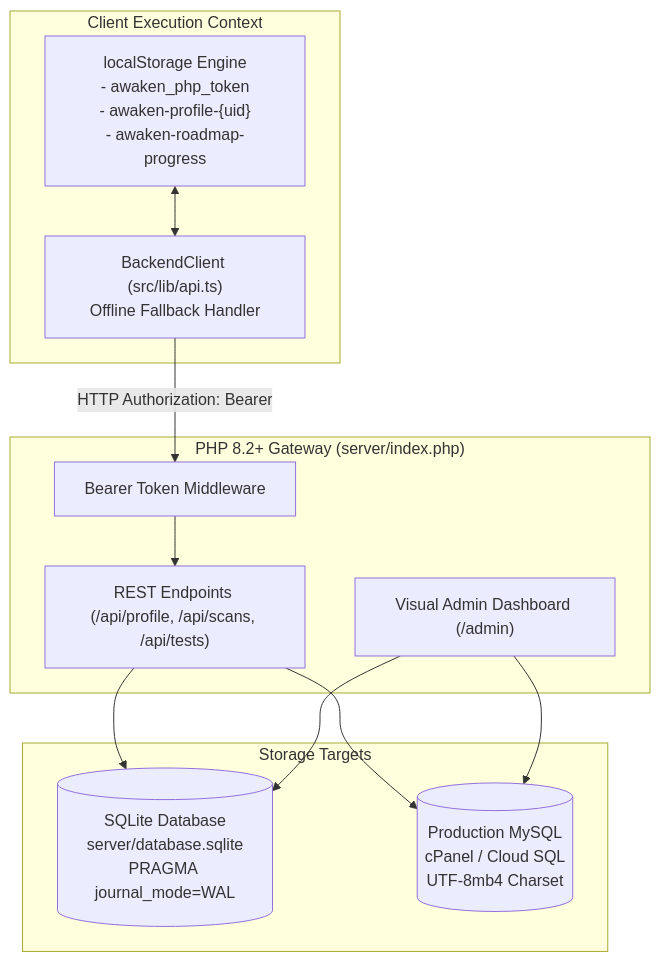
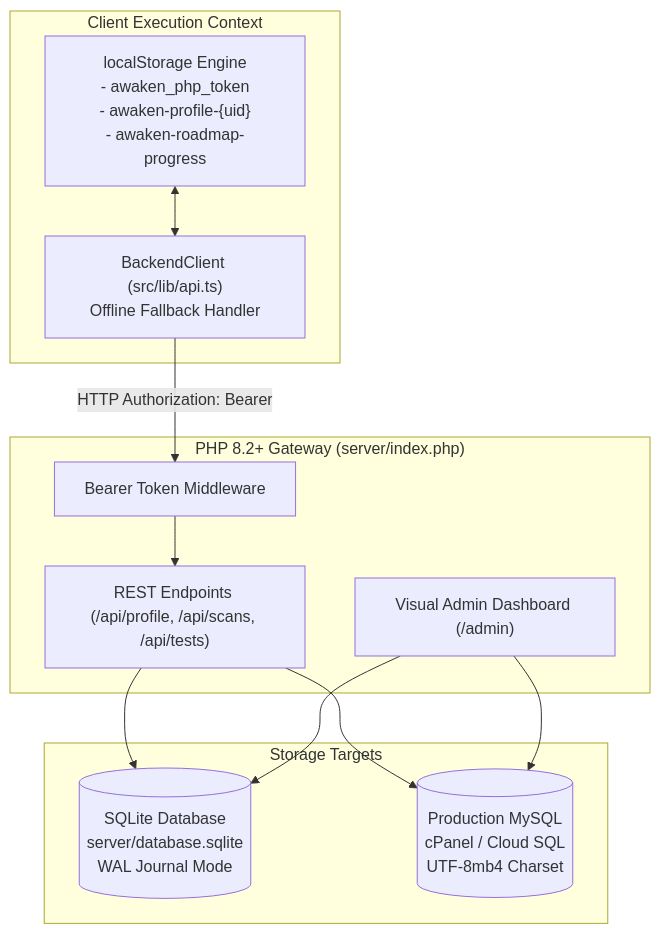
The sixth of 8 diagrams in README.md (yashkoparde/Awaken.ai), drawn with Mermaid before and after one commit. The commit also changed other lines of this file, not shown here.

Commit message:
docs: optimize SVG image links for GitHub web rendering and dark theme contrast

````diff
--- a/README.md
+++ b/README.md
@@ -321,26 +321,26 @@
 ```mermaid
 graph TB
     subgraph Client_Boundary["Client Execution Context"]
         LS["localStorage Engine<br/>- awaken_php_token<br/>- awaken-profile-{uid}<br/>- awaken-roadmap-progress"]
         APICLI["BackendClient (src/lib/api.ts)<br/>Offline Fallback Handler"]
     end
 
     subgraph Backend_Gateway["PHP 8.2+ Gateway (server/index.php)"]
         AUTH["Bearer Token Middleware"]
         ROUTES["REST Endpoints (/api/profile, /api/scans, /api/tests)"]
         ADMIN["Visual Admin Dashboard (/admin)"]
     end
 
     subgraph Database_Layer["Storage Targets"]
-        SQLITE[("SQLite Database<br/>server/database.sqlite<br/>PRAGMA journal_mode=WAL")]
+        SQLITE[("SQLite Database<br/>server/database.sqlite<br/>WAL Journal Mode")]
         MYSQL[("Production MySQL<br/>cPanel / Cloud SQL<br/>UTF-8mb4 Charset")]
     end
 
     LS <--> APICLI
     APICLI -->|HTTP Authorization: Bearer| AUTH
     AUTH --> ROUTES
     ROUTES --> SQLITE
     ROUTES --> MYSQL
     ADMIN --> SQLITE
     ADMIN --> MYSQL
 ```
````
